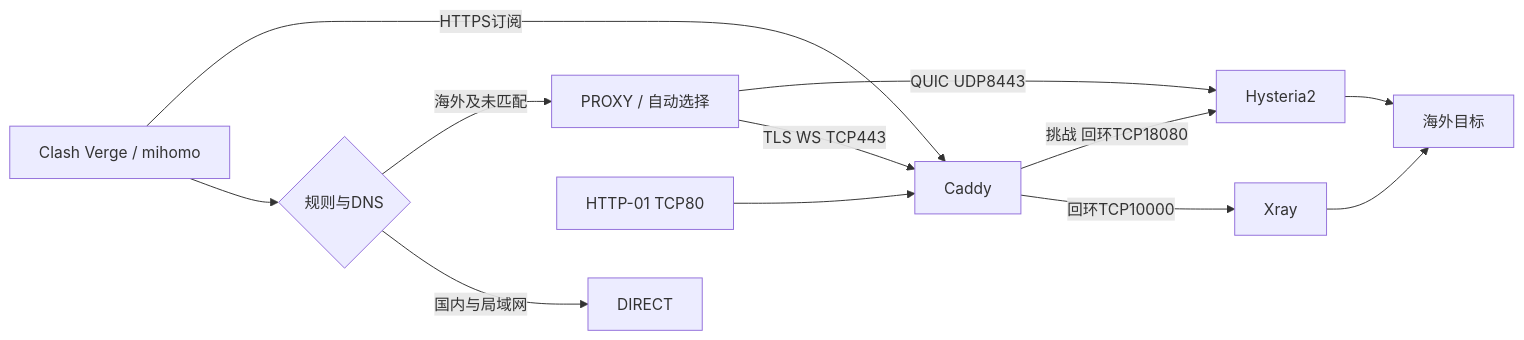
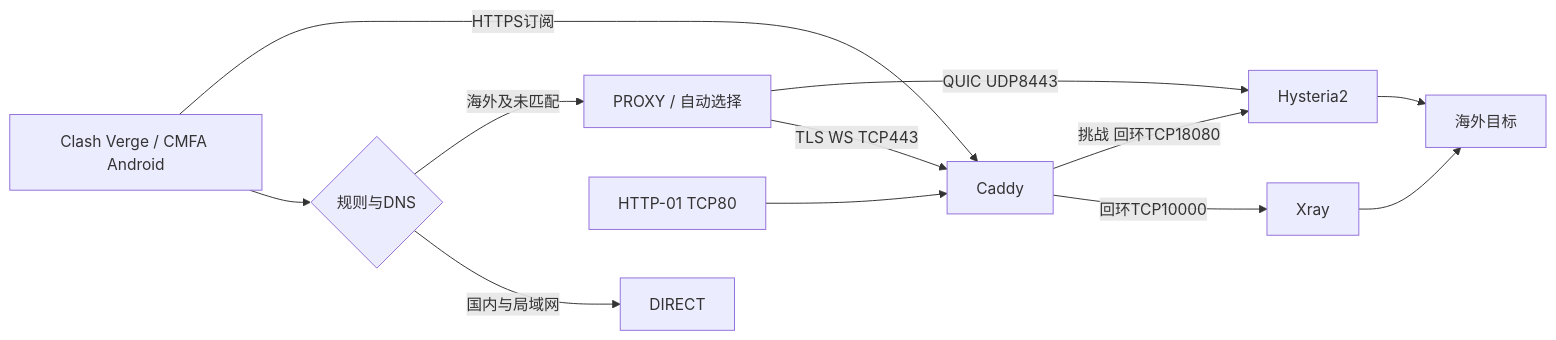
One commit to BugYuan64/Node changed the diagram in 项目最终架构.md. Above: the diagram before and after it, drawn with Mermaid. The commit also changed other lines of this file and 7 other files, not shown here.

```diff
--- a/项目最终架构.md
+++ b/项目最终架构.md
@@ -7,14 +7,14 @@
 ~~~mermaid
 flowchart LR
-    M[Clash Verge / mihomo] --> R{规则与DNS}
+    M[Clash Verge / CMFA Android] --> R{规则与DNS}
     R -->|国内与局域网| D[DIRECT]
     R -->|海外及未匹配| G[PROXY / 自动选择]
     G -->|TLS WS TCP443| C[Caddy]
     C -->|回环TCP10000| X[Xray]
     G -->|QUIC UDP8443| H[Hysteria2]
     X --> F[海外目标]
     H --> F
     M -->|HTTPS订阅| C
     AC[HTTP-01 TCP80] --> C
     C -->|挑战 回环TCP18080| H
 ~~~
```
